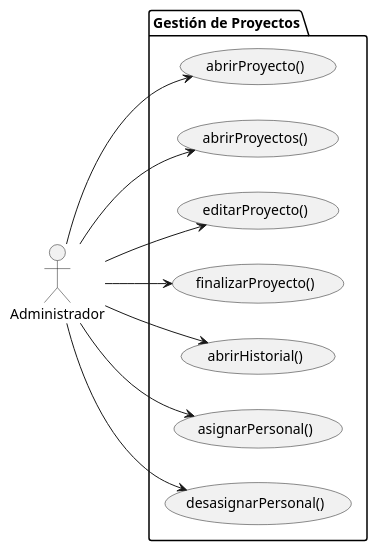
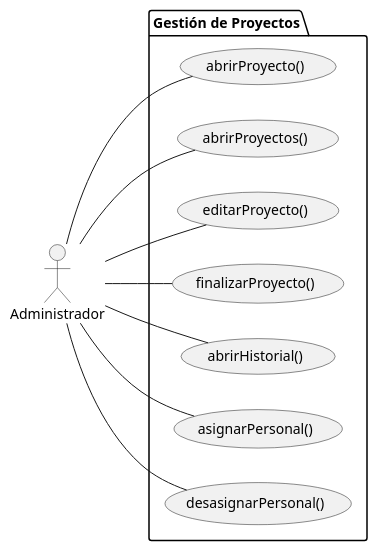
Before and after one commit to Angelo2272/26-27-IdSw1-SDR: the diagram in modelosUML/01-actores-casos-uso/dimension-proyecto/actores-casos-uso.puml, drawn with PlantUML. The commit also changed 6 other files, not shown here.

First line of the commit message:
Refactor UML diagrams and update use cases

```diff
--- a/modelosUML/01-actores-casos-uso/dimension-proyecto/actores-casos-uso.puml
+++ b/modelosUML/01-actores-casos-uso/dimension-proyecto/actores-casos-uso.puml
@@ -1,24 +1,24 @@
 @startuml
 left to right direction
 
 actor Administrador as admin
 
 package "Gestión de Proyectos"{
   usecase "abrirProyecto()" as abrirProyecto
   usecase "abrirProyectos()" as abrirProyectos
   usecase "editarProyecto()" as editarProyecto
   usecase "finalizarProyecto()" as finalizarProyecto
   usecase "abrirHistorial()" as abrirHistorial
   usecase "asignarPersonal()" as asignarPersonal
   usecase "desasignarPersonal()" as desasignarPersonal
 }
 
-admin --> abrirProyecto
-admin --> abrirProyectos
-admin --> editarProyecto
-admin --> finalizarProyecto
-admin --> abrirHistorial
-admin --> asignarPersonal
-admin --> desasignarPersonal
+admin -- abrirProyecto
+admin -- abrirProyectos
+admin -- editarProyecto
+admin -- finalizarProyecto
+admin -- abrirHistorial
+admin -- asignarPersonal
+admin -- desasignarPersonal
 
 @enduml
```
